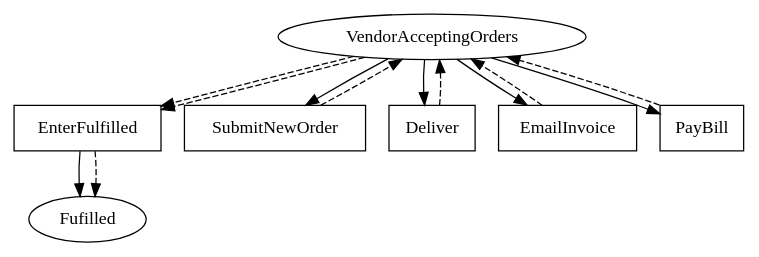
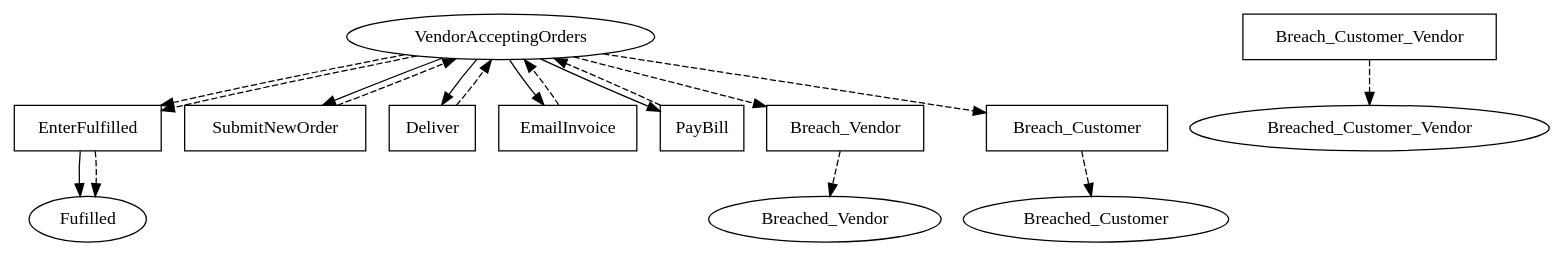
One commit to Marcao02/complaw-deeptech changed the diagram in linear_state_machine_language/pyL4/examples/out_graphviz/hvitved_master_sales_agreement_full_without_future_obligations.dot. Above: the diagram before and after it, drawn with Graphviz. The commit also changed 37 other files, not shown here.

Commit message:
remove old generated SAFE files. regen graphviz output.

```diff
--- a/linear_state_machine_language/pyL4/examples/out_graphviz/hvitved_master_sales_agreement_full_without_future_obligations.dot
+++ b/linear_state_machine_language/pyL4/examples/out_graphviz/hvitved_master_sales_agreement_full_without_future_obligations.dot
@@ -1,31 +1,42 @@
 // THIS IS A GENERATED FILE. DO NOT EDIT.
 
 digraph Master_Sales_Agreement {    
     Fulfilled[label=Fufilled];
-    VendorAcceptingOrders[label=VendorAcceptingOrders]
+    VendorAcceptingOrders[label=VendorAcceptingOrders];
+	Breached_Vendor[label=Breached_Vendor];
+	Breached_Customer[label=Breached_Customer];
+	Breached_Customer_Vendor[label=Breached_Customer_Vendor]
     
     EnterFulfilled[label=EnterFufilled,shape=box]; 
     EnterFulfilled[label=EnterFulfilled,shape=box];
 	SubmitNewOrder[label=SubmitNewOrder,shape=box];
 	Deliver[label=Deliver,shape=box];
 	EmailInvoice[label=EmailInvoice,shape=box];
-	PayBill[label=PayBill,shape=box]    
+	PayBill[label=PayBill,shape=box];
+	Breach_Vendor[label=Breach_Vendor,shape=box];
+	Breach_Customer[label=Breach_Customer,shape=box];
+	Breach_Customer_Vendor[label=Breach_Customer_Vendor,shape=box]    
     
     EnterFulfilled -> Fulfilled;
     
     VendorAcceptingOrders -> SubmitNewOrder;
 	VendorAcceptingOrders -> Deliver;
+	VendorAcceptingOrders -> Breach_Vendor [style=dashed];
 	VendorAcceptingOrders -> EmailInvoice;
 	VendorAcceptingOrders -> PayBill;
+	VendorAcceptingOrders -> Breach_Customer [style=dashed];
 	VendorAcceptingOrders -> EnterFulfilled [style=dashed];
 	VendorAcceptingOrders -> EnterFulfilled [style=dashed]
     
     EnterFulfilled -> Fulfilled [style=dashed];
 	SubmitNewOrder -> VendorAcceptingOrders [style=dashed];
 	Deliver -> VendorAcceptingOrders [style=dashed];
 	EmailInvoice -> VendorAcceptingOrders [style=dashed];
 	PayBill -> VendorAcceptingOrders [style=dashed];
+	Breach_Vendor -> Breached_Vendor [style=dashed];
+	Breach_Customer -> Breached_Customer [style=dashed];
+	Breach_Customer_Vendor -> Breached_Customer_Vendor [style=dashed];
 	     
     
        
 }
```
